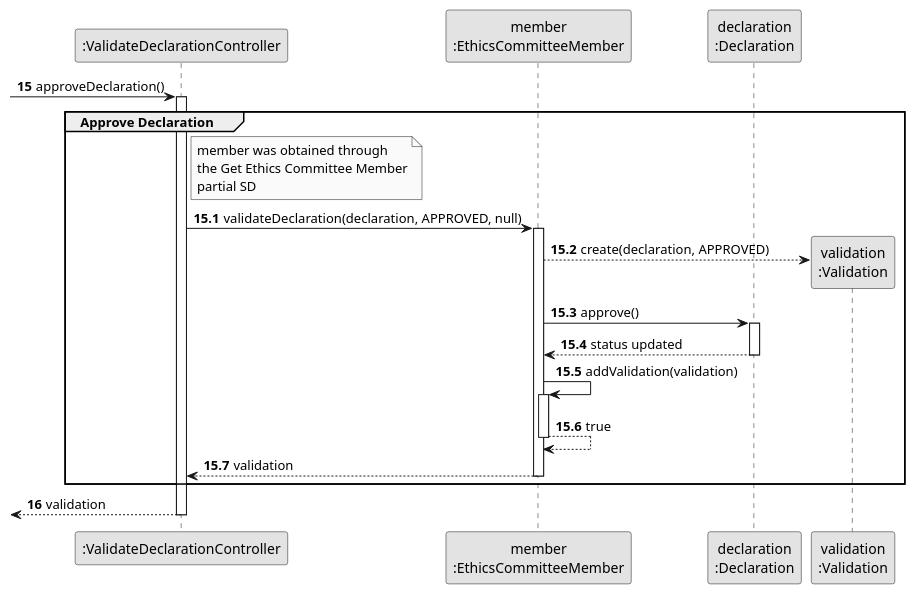
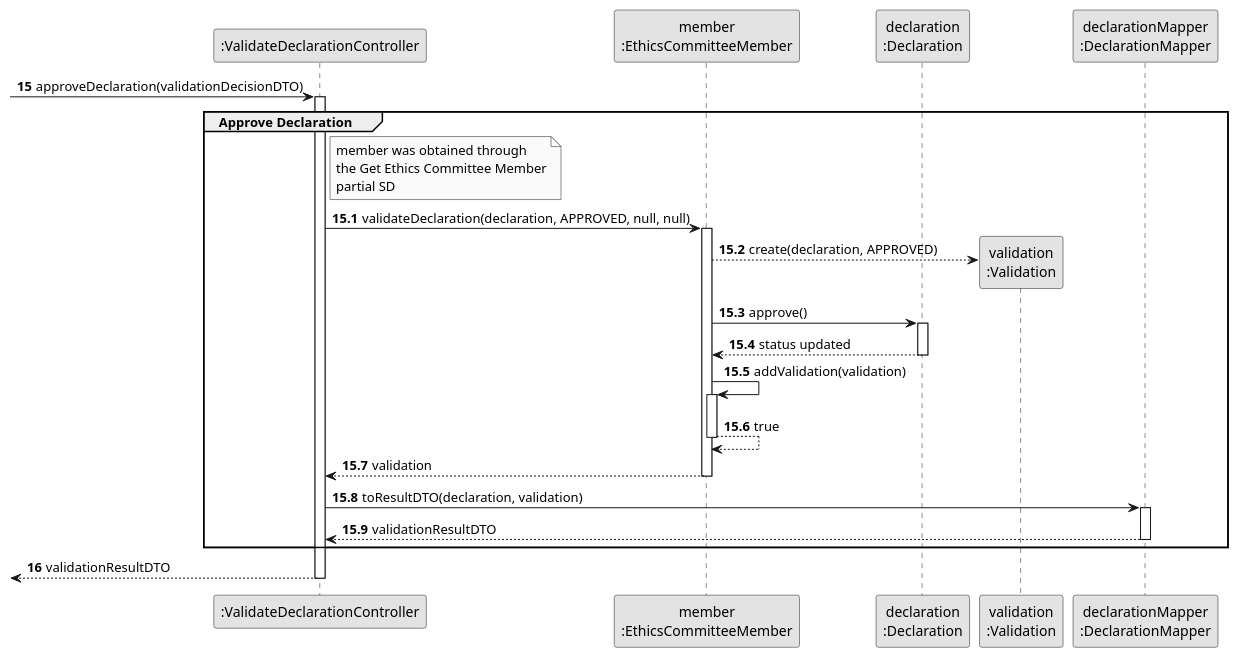
One commit to Departamento-de-Engenharia-Informatica/sem2-pi-25-26-g096-repo changed the diagram in docs/system-documentation/US08/03.design/puml/US08-SD-partial-approve-declaration.puml. Above: the diagram before and after it, drawn with PlantUML. The commit also changed 15 other files, not shown here.

Commit message:
US08 (Docs) -  enhance declaration validation process with DTOs and mappers for improved data handling

```diff
--- a/docs/system-documentation/US08/03.design/puml/US08-SD-partial-approve-declaration.puml
+++ b/docs/system-documentation/US08/03.design/puml/US08-SD-partial-approve-declaration.puml
@@ -1,49 +1,55 @@
 @startuml
 skinparam monochrome true
 skinparam packageStyle rectangle
 skinparam shadowing false
 
 participant ":ValidateDeclarationController" as CTRL
 participant "member\n:EthicsCommitteeMember" as MEMBER
 participant "declaration\n:Declaration" as DECL
 participant "validation\n:Validation" as VALIDATION
+participant "declarationMapper\n:DeclarationMapper" as MAPPER
 
 autonumber 15
--> CTRL : approveDeclaration()
+-> CTRL : approveDeclaration(validationDecisionDTO)
 
 autonumber 15.1
 activate CTRL
 
     group Approve Declaration
 
         note right of CTRL
             member was obtained through
             the Get Ethics Committee Member
             partial SD
         end note
 
-        CTRL -> MEMBER : validateDeclaration(declaration, APPROVED, null)
+        CTRL -> MEMBER : validateDeclaration(declaration, APPROVED, null, null)
         activate MEMBER
             MEMBER --> VALIDATION** : create(declaration, APPROVED)
 
             MEMBER -> DECL : approve()
             activate DECL
                 DECL --> MEMBER : status updated
             deactivate DECL
 
             MEMBER -> MEMBER : addValidation(validation)
             activate MEMBER
                 MEMBER --> MEMBER : true
             deactivate MEMBER
 
             MEMBER --> CTRL : validation
         deactivate MEMBER
 
+        CTRL -> MAPPER : toResultDTO(declaration, validation)
+        activate MAPPER
+            MAPPER --> CTRL : validationResultDTO
+        deactivate MAPPER
+
     end
 
     autonumber 16
-    <-- CTRL : validation
+    <-- CTRL : validationResultDTO
 
 deactivate CTRL
 
 @enduml
```
